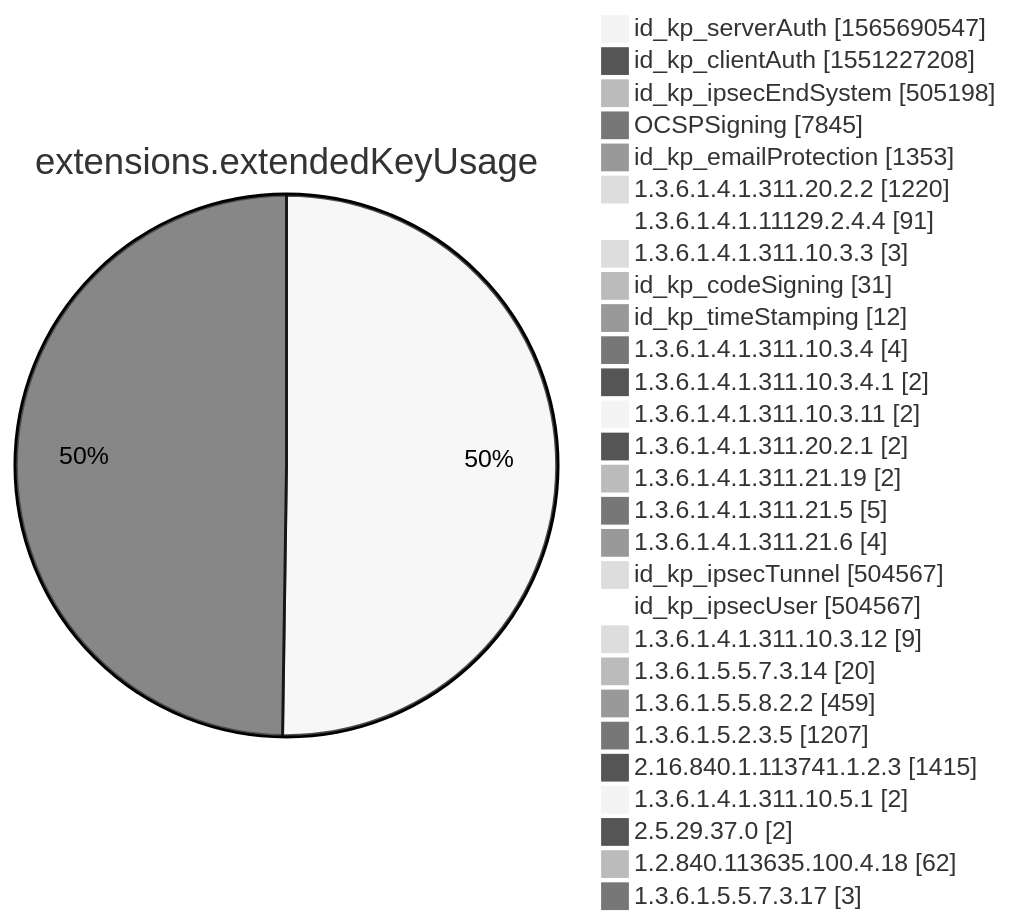
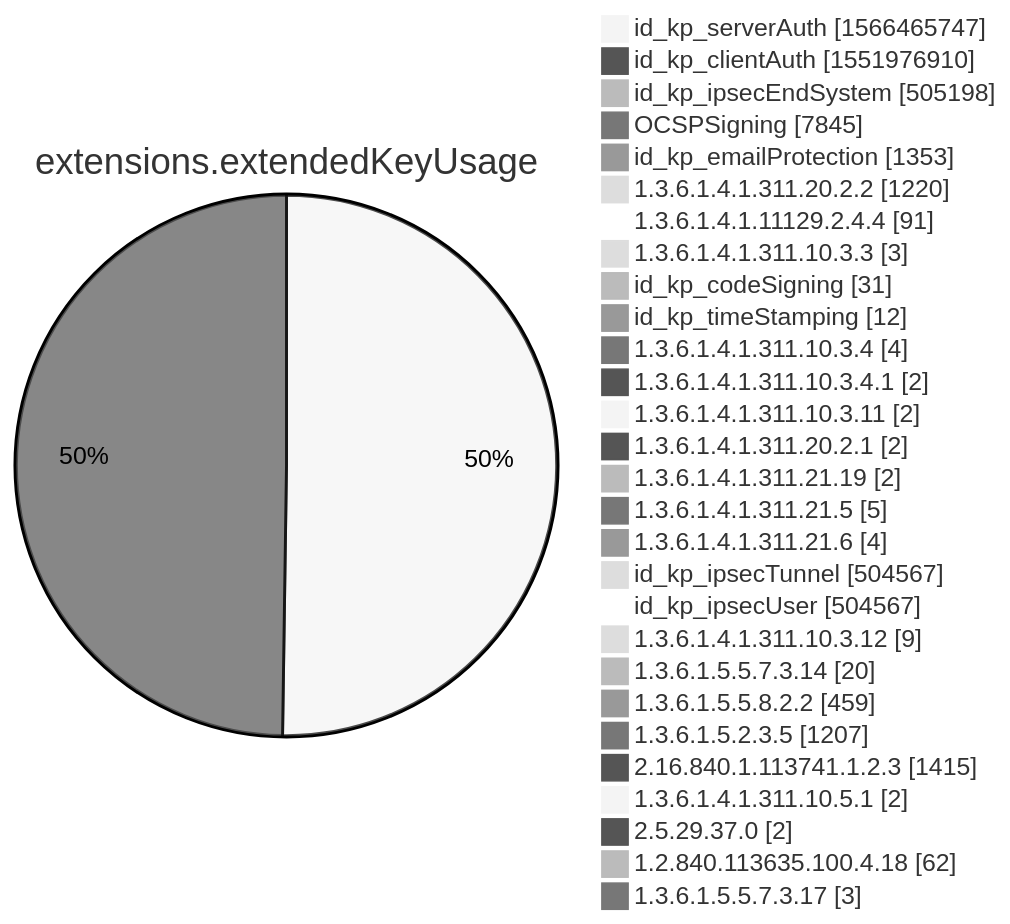
One commit to christiankrug/ctmonitor_visualization changed diagram 12 of 15 in xenon2022/README.md. Above: the diagram before and after it, drawn with Mermaid (neutral theme). The commit also changed other lines of this file, not shown here.

````diff
--- a/xenon2022/README.md
+++ b/xenon2022/README.md
@@ -3883,32 +3883,32 @@
 ```mermaid
 pie showData
 title extensions.extendedKeyUsage
-"id_kp_serverAuth" :1565690547
-"id_kp_clientAuth" :1551227208
+"id_kp_serverAuth" :1566465747
+"id_kp_clientAuth" :1551976910
 "id_kp_ipsecEndSystem" :505198
 "OCSPSigning" :7845
 "id_kp_emailProtection" :1353
 "1.3.6.1.4.1.311.20.2.2" :1220
 "1.3.6.1.4.1.11129.2.4.4" :91
 "1.3.6.1.4.1.311.10.3.3" :3
 "id_kp_codeSigning" :31
 "id_kp_timeStamping" :12
 "1.3.6.1.4.1.311.10.3.4" :4
 "1.3.6.1.4.1.311.10.3.4.1" :2
 "1.3.6.1.4.1.311.10.3.11" :2
 "1.3.6.1.4.1.311.20.2.1" :2
 "1.3.6.1.4.1.311.21.19" :2
 "1.3.6.1.4.1.311.21.5" :5
 "1.3.6.1.4.1.311.21.6" :4
 "id_kp_ipsecTunnel" :504567
 "id_kp_ipsecUser" :504567
 "1.3.6.1.4.1.311.10.3.12" :9
 "1.3.6.1.5.5.7.3.14" :20
 "1.3.6.1.5.5.8.2.2" :459
 "1.3.6.1.5.2.3.5" :1207
 "2.16.840.1.113741.1.2.3" :1415
 "1.3.6.1.4.1.311.10.5.1" :2
 "2.5.29.37.0" :2
 "1.2.840.113635.100.4.18" :62
 "1.3.6.1.5.5.7.3.17" :3
 ```
````
